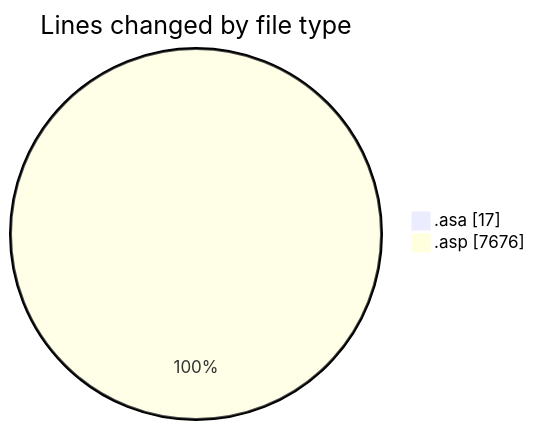
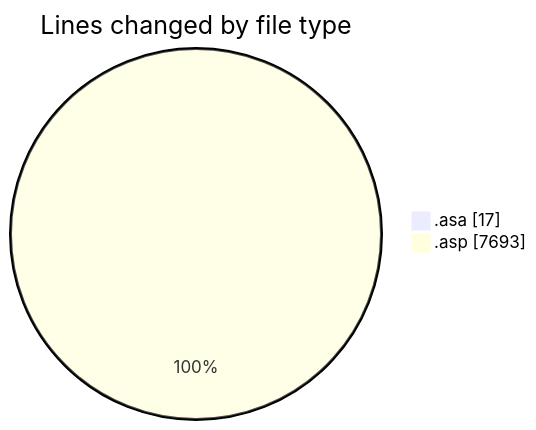
The first of 2 diagrams in 2025-11-06/usr_aleoudev_fr__workspace_/README.md (julien-gomy/code-tracking), drawn with Mermaid before and after one commit. The commit also changed other lines of this file and 1 other file, not shown here.

````diff
--- a/2025-11-06/usr_aleoudev_fr__workspace_/README.md
+++ b/2025-11-06/usr_aleoudev_fr__workspace_/README.md
@@ -24,6 +24,6 @@
 ```mermaid
 pie showData
 title Lines changed by file type
 ".asa" : 17
-".asp" : 7676
+".asp" : 7693
 ```
````
